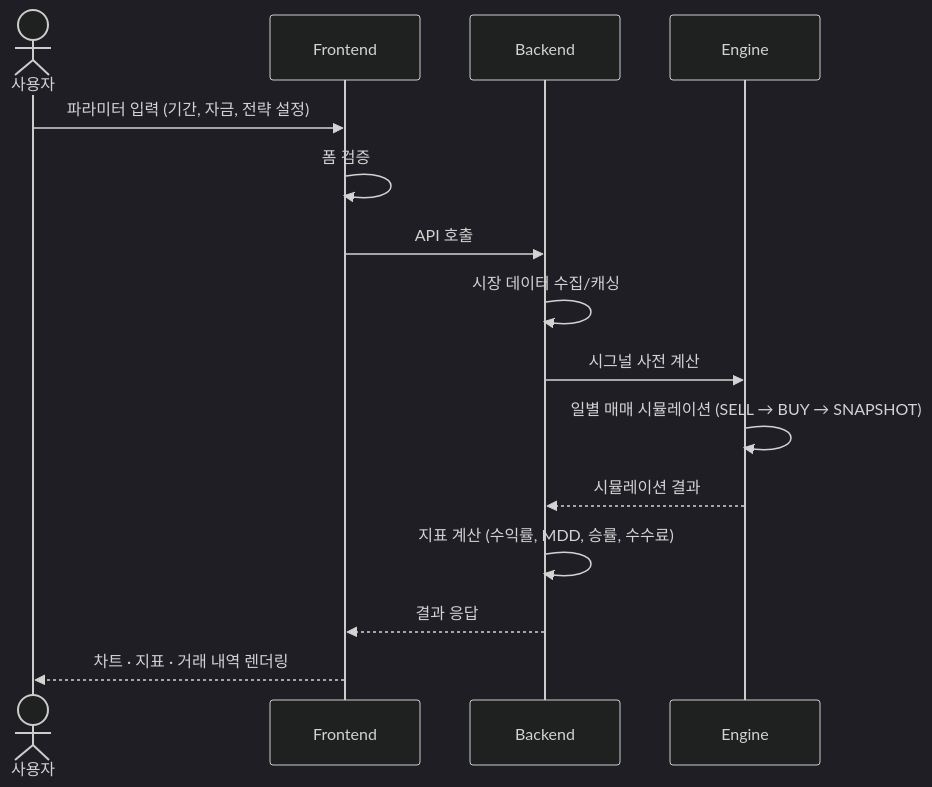
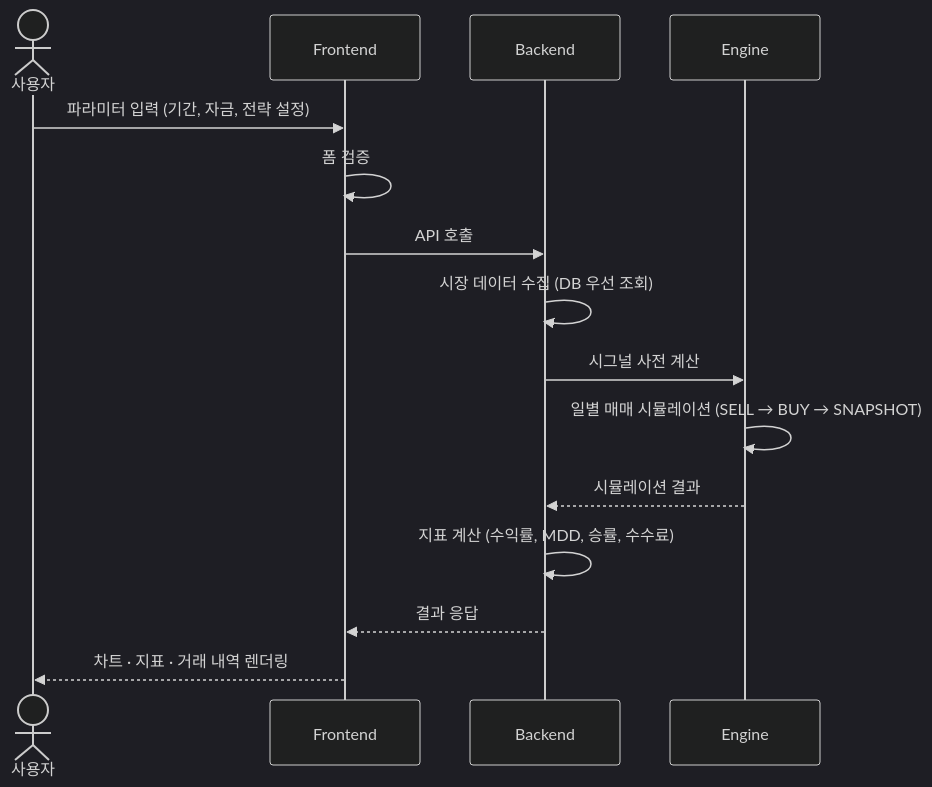
The first of 2 diagrams in docs/01-architecture.md (lonelywolflee/lw-project-stock-simulator), drawn with Mermaid (dark theme) before and after one commit. The commit also changed other lines of this file and 3 other files, not shown here.

````diff
--- a/docs/01-architecture.md
+++ b/docs/01-architecture.md
@@ -31,18 +31,18 @@
 ```mermaid
 sequenceDiagram
     actor User as 사용자
     participant FE as Frontend
     participant BE as Backend
     participant Engine as Engine
 
     User->>FE: 파라미터 입력 (기간, 자금, 전략 설정)
     FE->>FE: 폼 검증
     FE->>BE: API 호출
-    BE->>BE: 시장 데이터 수집/캐싱
+    BE->>BE: 시장 데이터 수집 (DB 우선 조회)
     BE->>Engine: 시그널 사전 계산
     Engine->>Engine: 일별 매매 시뮬레이션 (SELL → BUY → SNAPSHOT)
     Engine-->>BE: 시뮬레이션 결과
     BE->>BE: 지표 계산 (수익률, MDD, 승률, 수수료)
     BE-->>FE: 결과 응답
     FE-->>User: 차트 · 지표 · 거래 내역 렌더링
 ```
````
